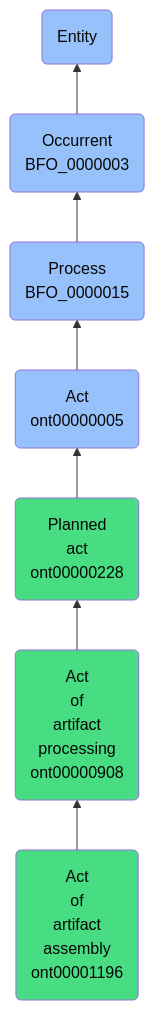
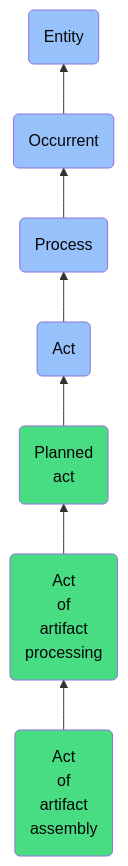
The diagram in docs/ontology/reference/model/Entity/Occurrent/Process/Act/Planned act/Act of artifact processing/Act of artifact assembly/Act of artifact assembly.md (jupyter-naas/abi), drawn with Mermaid before and after one commit. The commit also changed other lines of this file and 1430 other files, not shown here.

````diff
--- a/docs/ontology/reference/model/Entity/Occurrent/Process/Act/Planned act/Act of artifact processing/Act of artifact assembly/Act of artifact assembly.md
+++ b/docs/ontology/reference/model/Entity/Occurrent/Process/Act/Planned act/Act of artifact processing/Act of artifact assembly/Act of artifact assembly.md
@@ -24,14 +24,14 @@
 ```mermaid
 graph BT
-    ont00001196(Act<br>of<br>artifact<br>assembly<br>ont00001196):::ABI-->ont00000908
-    ont00000908(Act<br>of<br>artifact<br>processing<br>ont00000908):::ABI-->ont00000228
-    ont00000228(Planned<br>act<br>ont00000228):::ABI-->ont00000005
-    ont00000005(Act<br>ont00000005):::BFO-->BFO_0000015
-    BFO_0000015(Process<br>BFO_0000015):::BFO-->BFO_0000003
-    BFO_0000003(Occurrent<br>BFO_0000003):::BFO-->BFO_0000001
+    ont00001196(Act<br>of<br>artifact<br>assembly):::ABI-->ont00000908
+    ont00000908(Act<br>of<br>artifact<br>processing):::ABI-->ont00000228
+    ont00000228(Planned<br>act):::ABI-->ont00000005
+    ont00000005(Act):::BFO-->BFO_0000015
+    BFO_0000015(Process):::BFO-->BFO_0000003
+    BFO_0000003(Occurrent):::BFO-->BFO_0000001
     BFO_0000001(Entity):::BFO
     
     classDef BFO fill:#97c1fb,color:#060606
     classDef CCO fill:#e4c51e,color:#060606
     classDef ABI fill:#48DD82,color:#060606
 ```
````
